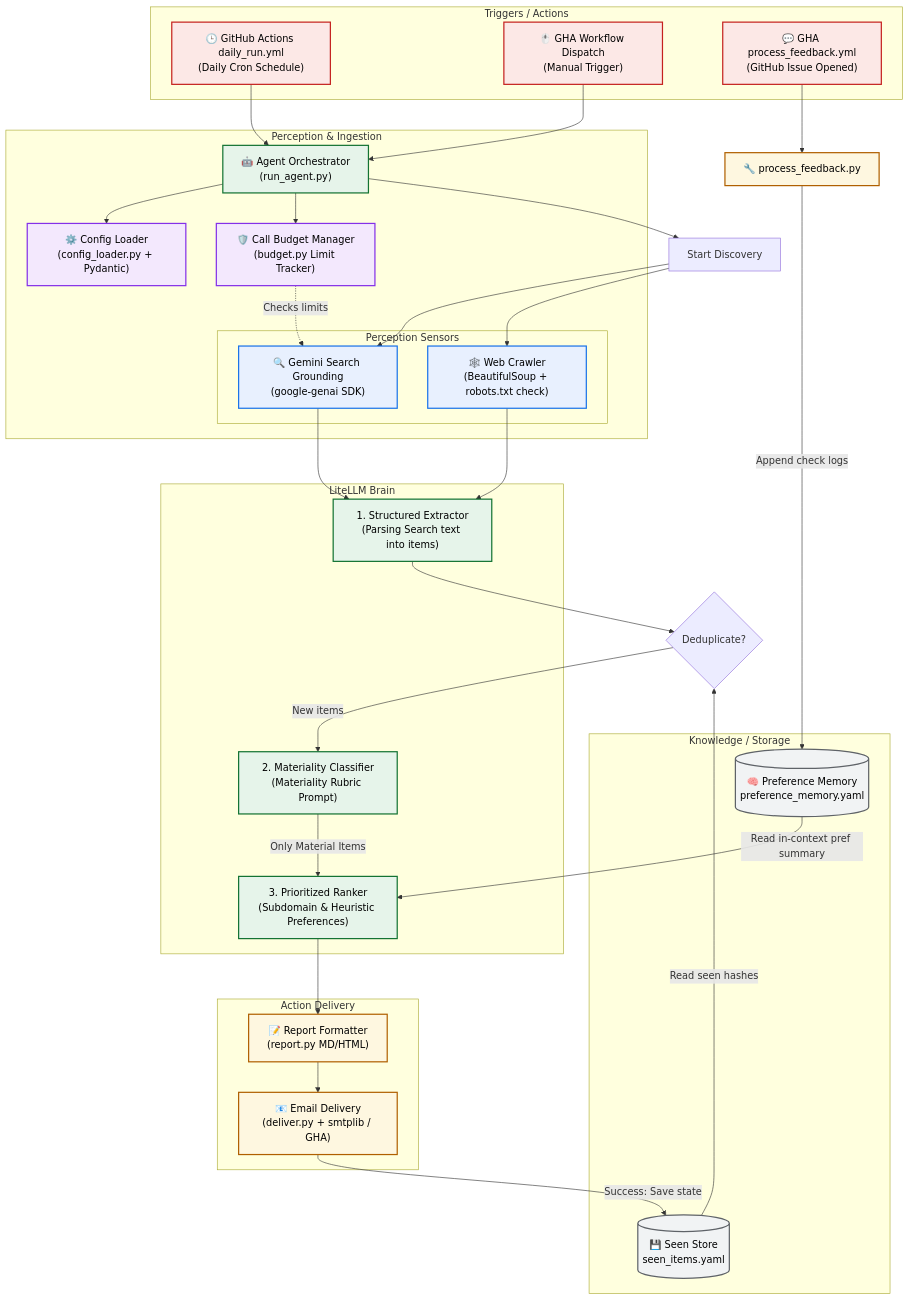
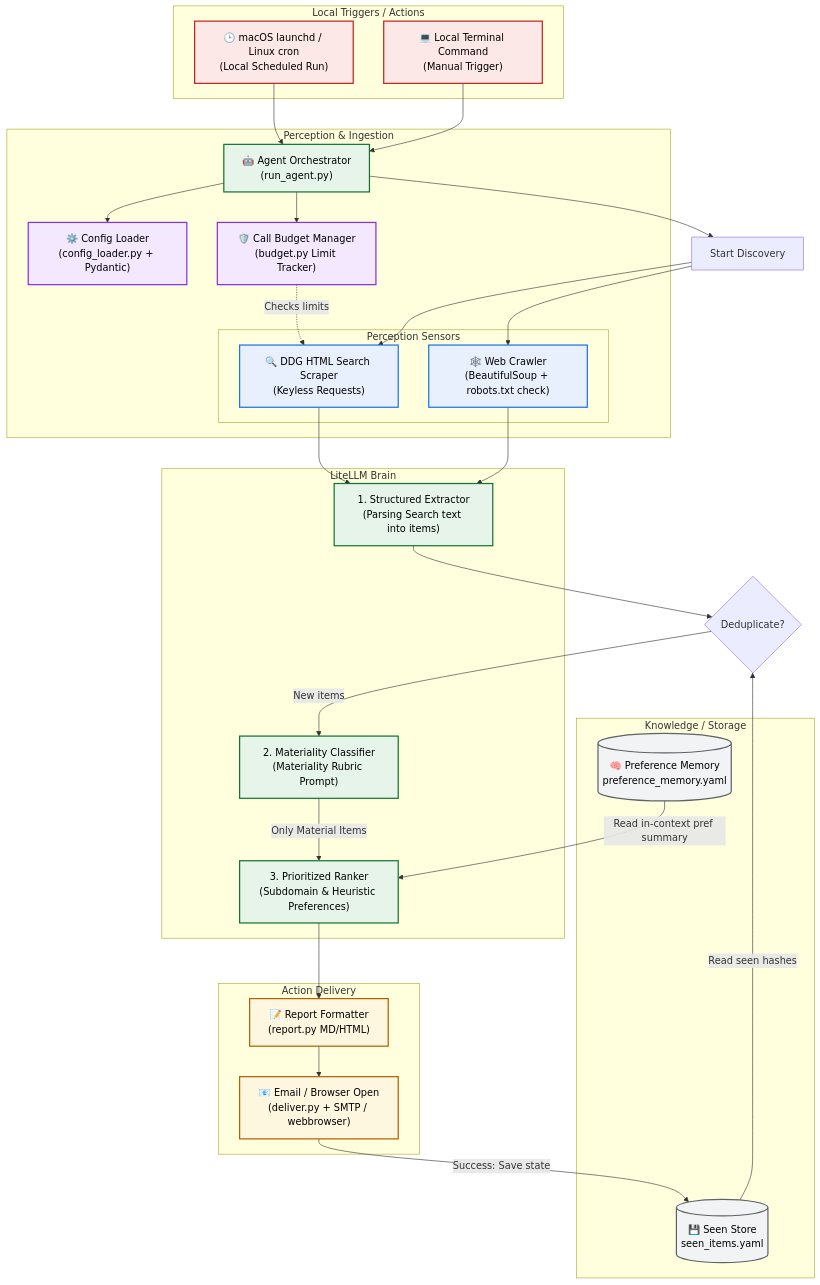
Before and after one commit to yogitas/AIforProductManagers: the diagram in projects/pm-competitive-intel-agent/architecture_diagram.md, drawn with Mermaid. The commit also changed other lines of this file and 2 other files, not shown here.

Commit message:
docs: Align agent architecture diagram for keyless local search and local preferences

````diff
--- a/projects/pm-competitive-intel-agent/architecture_diagram.md
+++ b/projects/pm-competitive-intel-agent/architecture_diagram.md
@@ -19,10 +19,9 @@
     classDef guard fill:#F3E8FD,stroke:#8430E8,stroke-width:2px,color:#000;
 
     %% --- TRIGGER LAYER ---
-    subgraph Trigger Layer [Triggers / Actions]
-        GHA_Cron["🕒 GitHub Actions daily_run.yml<br/>(Daily Cron Schedule)"]:::trigger
-        GHA_Manual["🖱️ GHA Workflow Dispatch<br/>(Manual Trigger)"]:::trigger
-        GHA_Feedback["💬 GHA process_feedback.yml<br/>(GitHub Issue Opened)"]:::trigger
+    subgraph Trigger Layer [Local Triggers / Actions]
+        Local_Cron["🕒 macOS launchd / Linux cron<br/>(Local Scheduled Run)"]:::trigger
+        Local_CLI["💻 Local Terminal Command<br/>(Manual Trigger)"]:::trigger
     end
 
     %% --- AGENT CONTROL & PERCEPTION ---
@@ -32,7 +31,7 @@
         BudgetCtrl["🛡️ Call Budget Manager<br/>(budget.py Limit Tracker)"]:::guard
         
         subgraph Perception Sensors
-            GroundingTool["🔍 Gemini Search Grounding<br/>(google-genai SDK)"]:::sensor
+            SearchScraper["🔍 DDG HTML Search Scraper<br/>(Keyless Requests)"]:::sensor
             Crawler["🕸️ Web Crawler<br/>(BeautifulSoup + robots.txt check)"]:::sensor
         end
     end
@@ -53,12 +52,12 @@
     %% --- ACTUATORS ---
     subgraph Actuators [Action Delivery]
         ReportGen["📝 Report Formatter<br/>(report.py MD/HTML)"]:::actuator
-        MailSender["📧 Email Delivery<br/>(deliver.py + smtplib / GHA)"]:::actuator
+        MailSender["📧 Email / Browser Open<br/>(deliver.py + SMTP / webbrowser)"]:::actuator
     end
 
     %% --- CONNECTIONS ---
-    GHA_Cron --> Orchestrator
-    GHA_Manual --> Orchestrator
+    Local_Cron --> Orchestrator
+    Local_CLI --> Orchestrator
     
     %% Config & Guard checks
     Orchestrator --> ConfigLoader
@@ -66,14 +65,14 @@
     
     %% Perception flow
     Orchestrator --> Perception_Start["Start Discovery"]
-    Perception_Start --> GroundingTool
+    Perception_Start --> SearchScraper
     Perception_Start --> Crawler
     
     %% Quota guard checked
-    BudgetCtrl -.->|Checks limits| GroundingTool
+    BudgetCtrl -.->|Checks limits| SearchScraper
     
     %% Data -> Brain
-    GroundingTool --> LLM_Extract
+    SearchScraper --> LLM_Extract
     Crawler --> LLM_Extract
     
     %% Deduplication & Classification
@@ -91,8 +90,4 @@
     
     %% Delivery confirmed sequence
     MailSender -->|Success: Save state| SeenStore
-    
-    %% Feedback Loop
-    GHA_Feedback --> FeedbackScript["🔧 process_feedback.py"]:::actuator
-    FeedbackScript -->|Append check logs| MemoryStore
 ```
````
